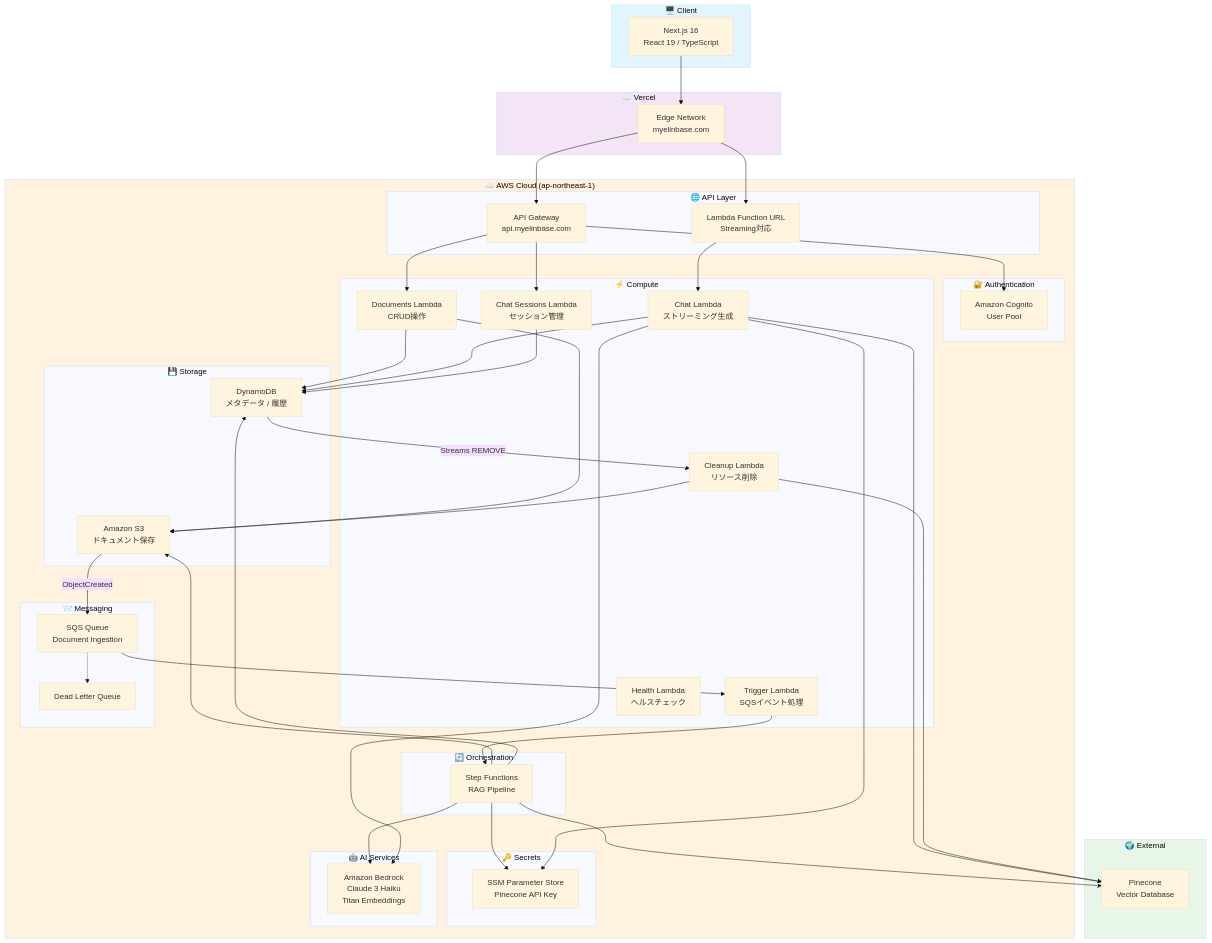
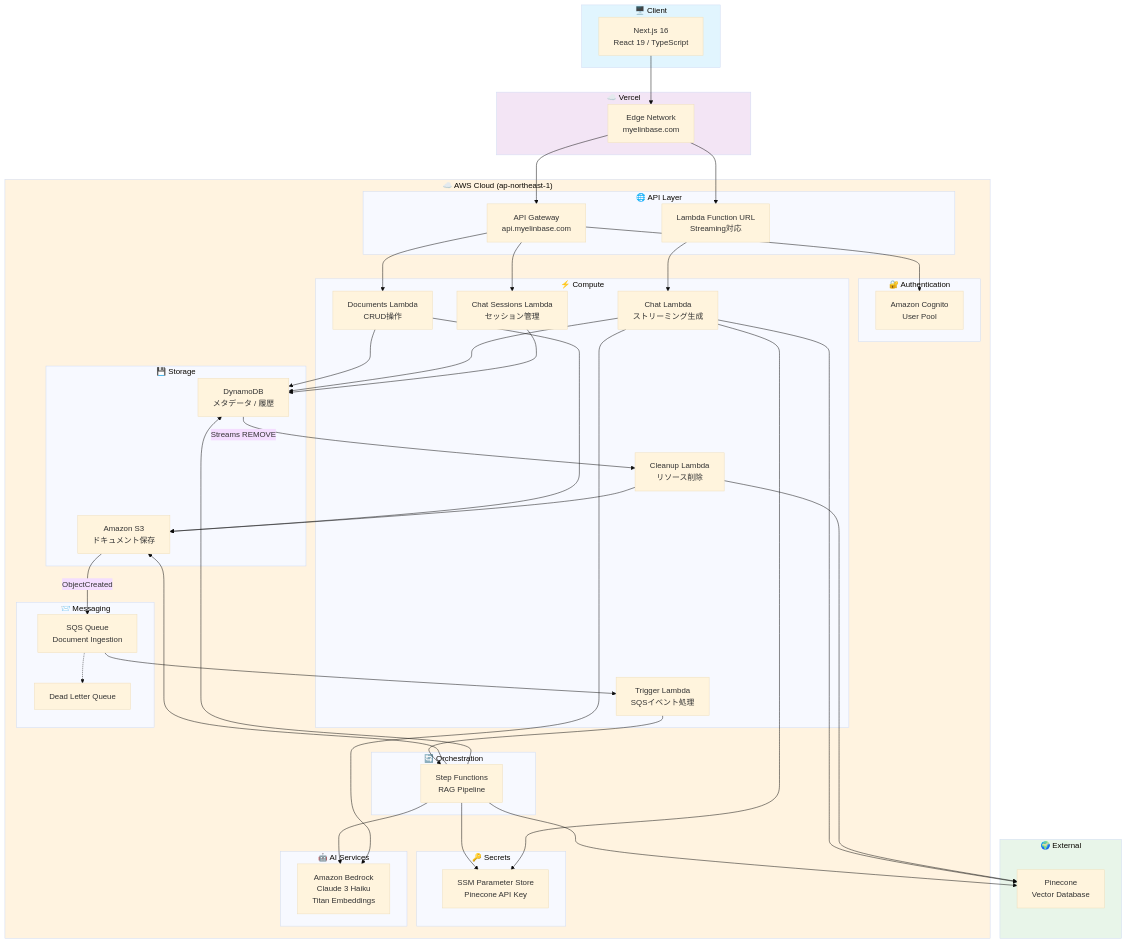
Before and after one commit to r-serori/myelinbase-backend: the first of 3 diagrams in README.md, drawn with Mermaid (base theme). The commit also changed other lines of this file and 1 other file, not shown here.

```diff
--- a/README.md
+++ b/README.md
@@ -48,7 +48,6 @@
             ChatSessionsLambda["Chat Sessions Lambda<br/>セッション管理"]
             TriggerLambda["Trigger Lambda<br/>SQSイベント処理"]
             CleanupLambda["Cleanup Lambda<br/>リソース削除"]
-            HealthLambda["Health Lambda<br/>ヘルスチェック"]
         end
 
         subgraph Messaging["📨 Messaging"]
```
